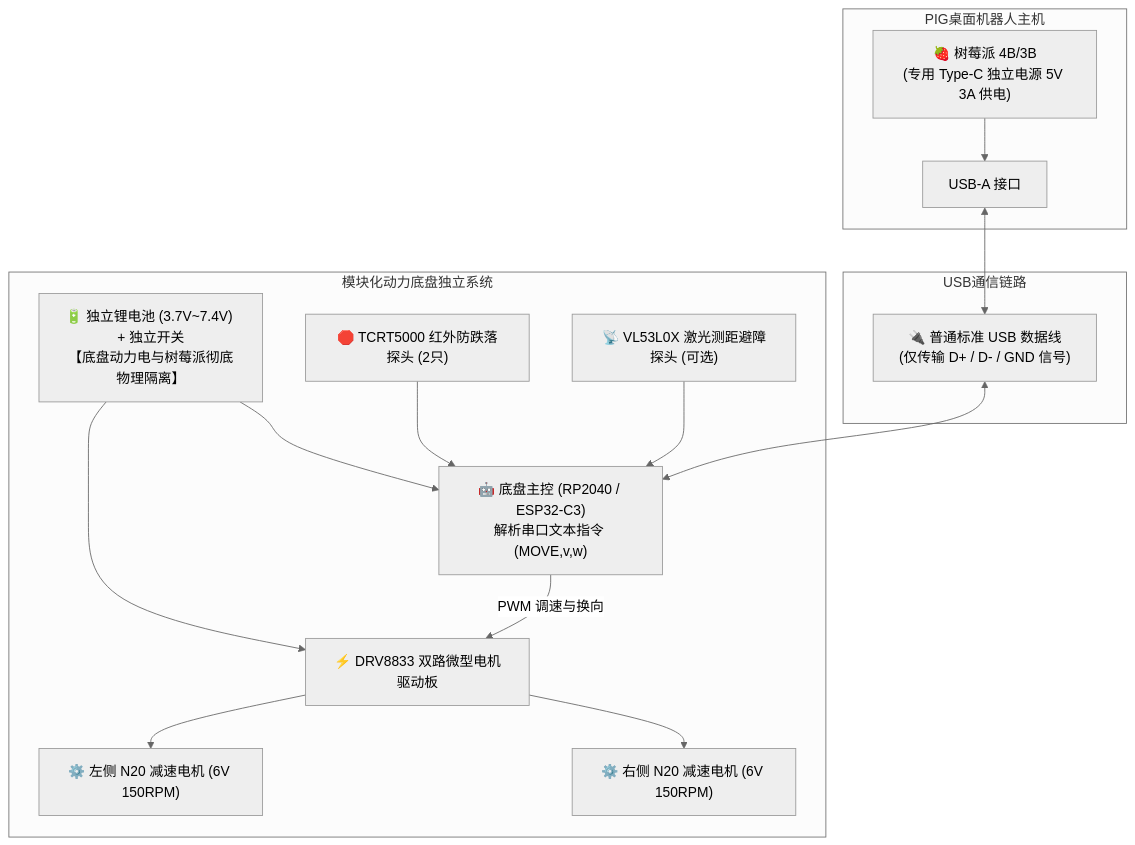
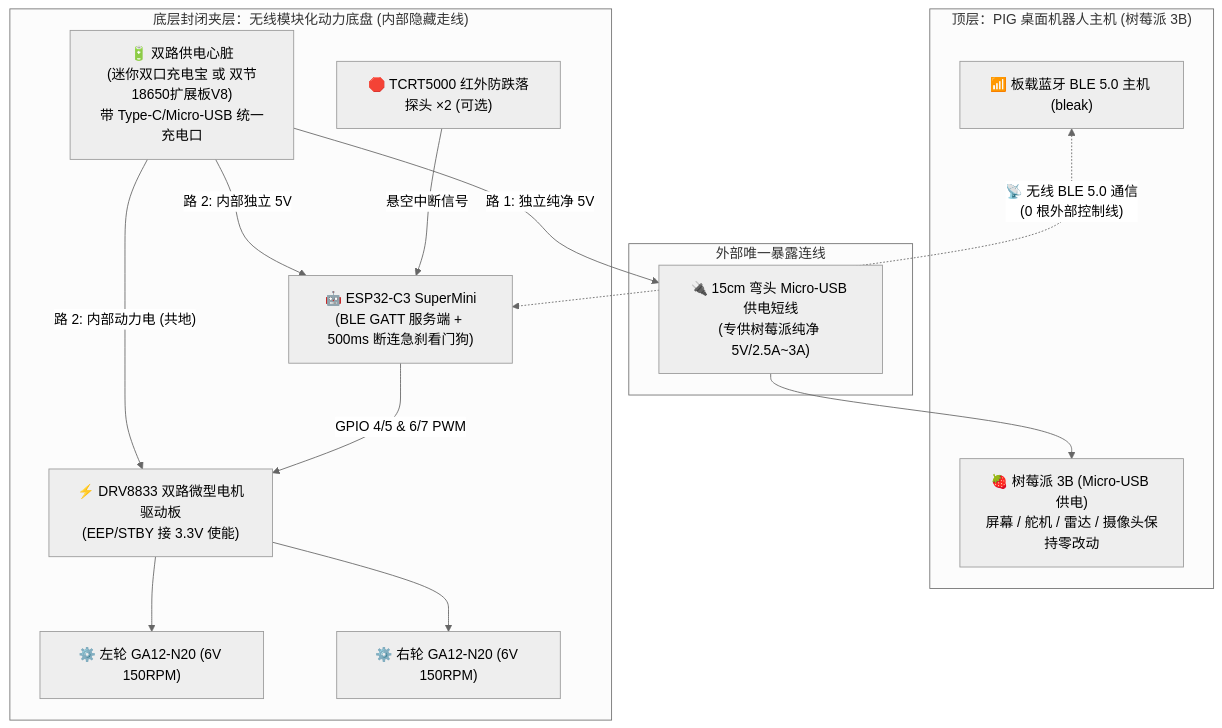
One commit to Yugle/PIG changed the second of 3 diagrams in docs/ROADMAP.md. Above: the diagram before and after it, drawn with Mermaid (neutral theme). The commit also changed other lines of this file, not shown here.

Commit message:
docs(roadmap): 升级 M5 无线 BLE 动力底盘架构与完整硬件 BOM 清单 (v2.3.0)

````diff
--- a/docs/ROADMAP.md
+++ b/docs/ROADMAP.md
@@ -86,32 +91,30 @@
 ```mermaid
 flowchart TD
-    subgraph PIG桌面机器人主机
-        Pi["🍓 树莓派 4B/3B<br/>(专用 Type-C 独立电源 5V 3A 供电)"]
-        USBPort["USB-A 接口"]
-        Pi --> USBPort
+    subgraph TopDeck["顶层：PIG 桌面机器人主机 (树莓派 3B)"]
+        Pi["🍓 树莓派 3B (Micro-USB 供电)<br/>屏幕 / 舵机 / 雷达 / 摄像头保持零改动"]
+        BLE_Host["📶 板载蓝牙 BLE 5.0 主机 (bleak)"]
     end
 
-    subgraph USB通信链路
-        Cable["🔌 普通标准 USB 数据线<br/>(仅传输 D+ / D- / GND 信号)"]
-        USBPort <--> Cable
+    subgraph ExternalWire["外部唯一暴露连线"]
+        PwrCable["🔌 15cm 弯头 Micro-USB 供电短线<br/>(专供树莓派纯净 5V/2.5A~3A)"]
     end
 
-    subgraph 模块化动力底盘独立系统
-        MCU["🤖 底盘主控 (RP2040 / ESP32-C3)<br/>解析串口文本指令 (MOVE,v,w)"]
-        Driver["⚡ DRV8833 双路微型电机驱动板"]
-        MotorL["⚙️ 左侧 N20 减速电机 (6V 150RPM)"]
-        MotorR["⚙️ 右侧 N20 减速电机 (6V 150RPM)"]
-        Battery["🔋 独立锂电池 (3.7V~7.4V) + 独立开关<br/>【底盘动力电与树莓派彻底物理隔离】"]
-        Cliff["🛑 TCRT5000 红外防跌落探头 (2只)"]
-        ToF["📡 VL53L0X 激光测距避障探头 (可选)"]
+    subgraph SealedChassis["底层封闭夹层：无线模块化动力底盘 (内部隐藏走线)"]
+        PowerHub["🔋 双路供电心脏<br/>(迷你双口充电宝 或 双节18650扩展板V8)<br/>带 Type-C/Micro-USB 统一充电口"]
+        MCU["🤖 ESP32-C3 SuperMini<br/>(BLE GATT 服务端 + 500ms 断连急刹看门狗)"]
+        Driver["⚡ DRV8833 双路微型电机驱动板<br/>(EEP/STBY 接 3.3V 使能)"]
+        MotorL["⚙️ 左轮 GA12-N20 (6V 150RPM)"]
+        MotorR["⚙️ 右轮 GA12-N20 (6V 150RPM)"]
+        Cliff["🛑 TCRT5000 红外防跌落探头 ×2 (可选)"]
 
-        Cable <--> MCU
-        Battery --> Driver
-        Battery --> MCU
-        Cliff --> MCU
-        ToF --> MCU
-        MCU -->|PWM 调速与换向| Driver
+        PowerHub -->|"路 1: 独立纯净 5V"| PwrCable --> Pi
+        PowerHub -->|"路 2: 内部独立 5V"| MCU
+        PowerHub -->|"路 2: 内部动力电 (共地)"| Driver
+        Cliff -->|"悬空中断信号"| MCU
+        MCU -->|"GPIO 4/5 & 6/7 PWM"| Driver
         Driver --> MotorL
         Driver --> MotorR
     end
+
+    BLE_Host <-.->|"📡 无线 BLE 5.0 通信<br/>(0 根外部控制线)"| MCU
 ```
````
